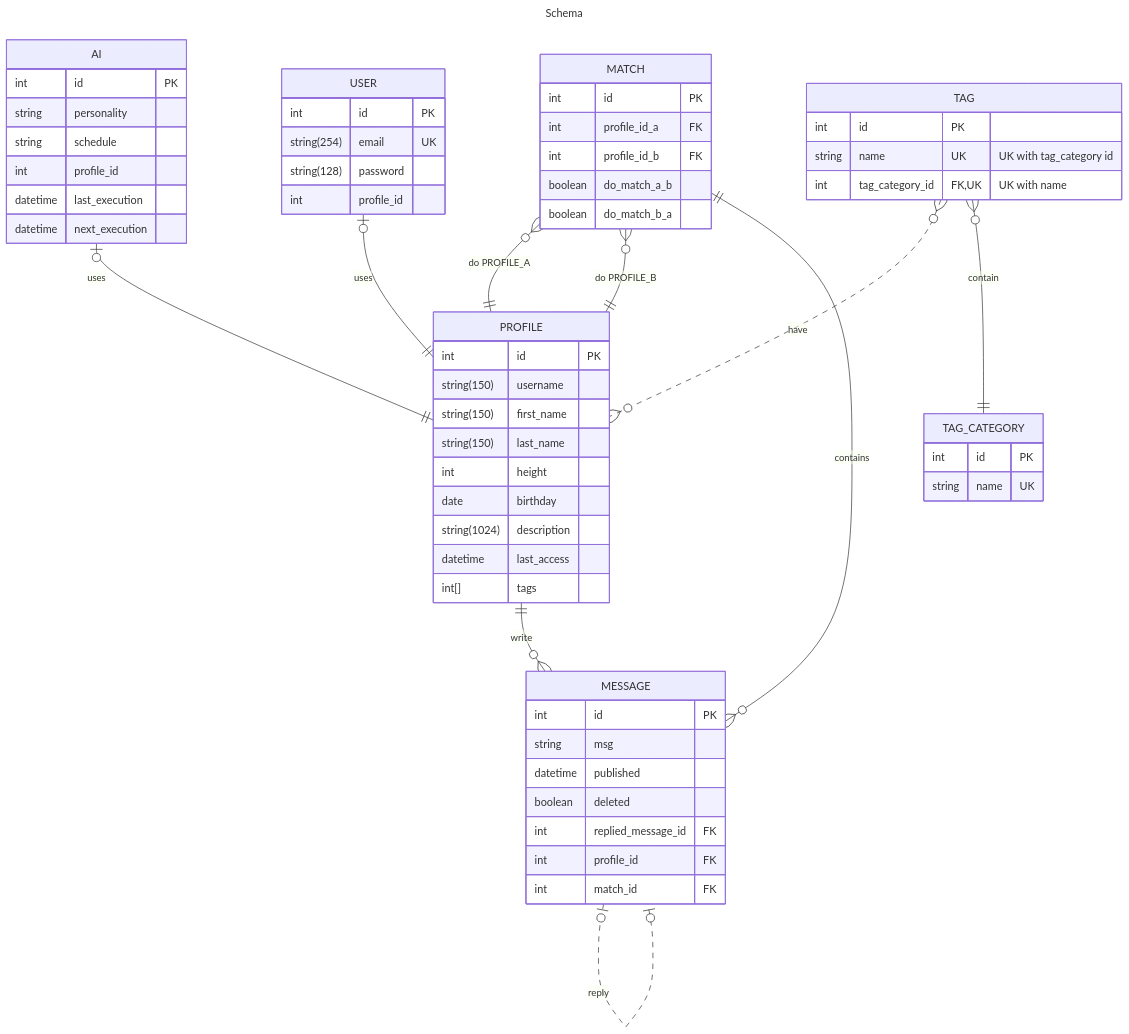
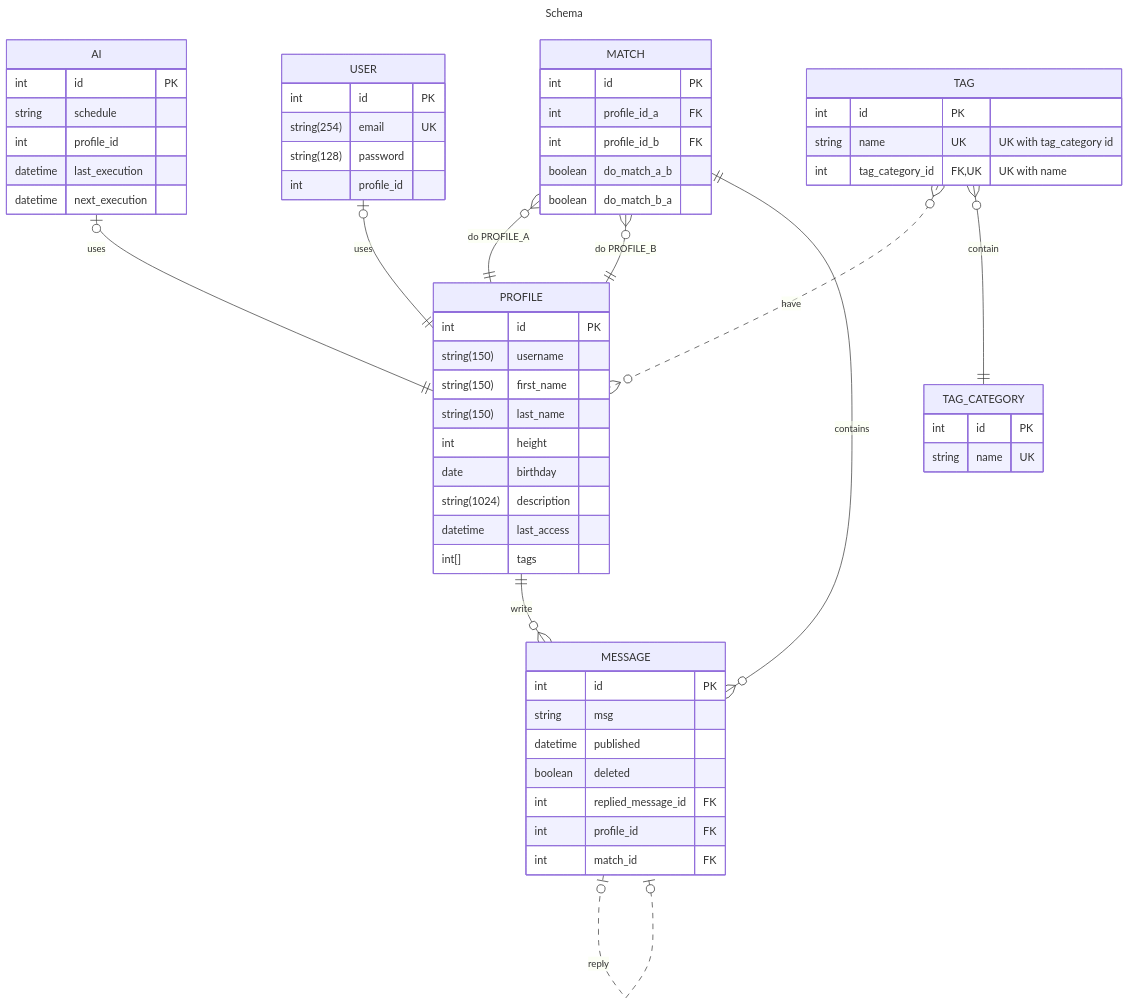
One commit to MaribelSR/tAInder changed the diagram in docs/schema.md. Above: the diagram before and after it, drawn with Mermaid. The commit also changed 4 other files, not shown here.

````diff
--- a/docs/schema.md
+++ b/docs/schema.md
@@ -1,72 +1,71 @@
 ```mermaid
 ---
 title: Schema
 ---
 erDiagram
     PROFILE ||--o{ MESSAGE : write
     MESSAGE |o..o| MESSAGE : reply
     AI |o--|| PROFILE : uses
     USER |o--|| PROFILE : uses
     MATCH }o--|| PROFILE : "do PROFILE_A"
     MATCH }o--|| PROFILE : "do PROFILE_B"
     MATCH ||--o{ MESSAGE : contains
     TAG }o..o{ PROFILE : have
     TAG }o--|| TAG_CATEGORY : contain
 
     PROFILE {
         int id PK
         string(150) username
         string(150) first_name
         string(150) last_name
         int height
         date birthday
         string(1024) description
         datetime last_access
         int[] tags
     }
 
     USER {
         int id PK
         string(254) email UK
         string(128) password
         int profile_id
     }
 
     AI {
         int id PK
-        string personality
         string schedule
         int profile_id
         datetime last_execution
         datetime next_execution
     }
 
     MATCH {
         int id PK
         int profile_id_a FK
         int profile_id_b FK
         boolean do_match_a_b
         boolean do_match_b_a
     }
 
     MESSAGE {
         int id PK
         string msg
         datetime published
         boolean deleted
         int replied_message_id FK
         int profile_id FK
         int match_id FK
     }
 
     TAG {
         int id PK
         string name UK "UK with tag_category id"
         int tag_category_id FK,UK "UK with name"
     }
 
     TAG_CATEGORY {
         int id PK
         string name UK
     }
 ```
````
